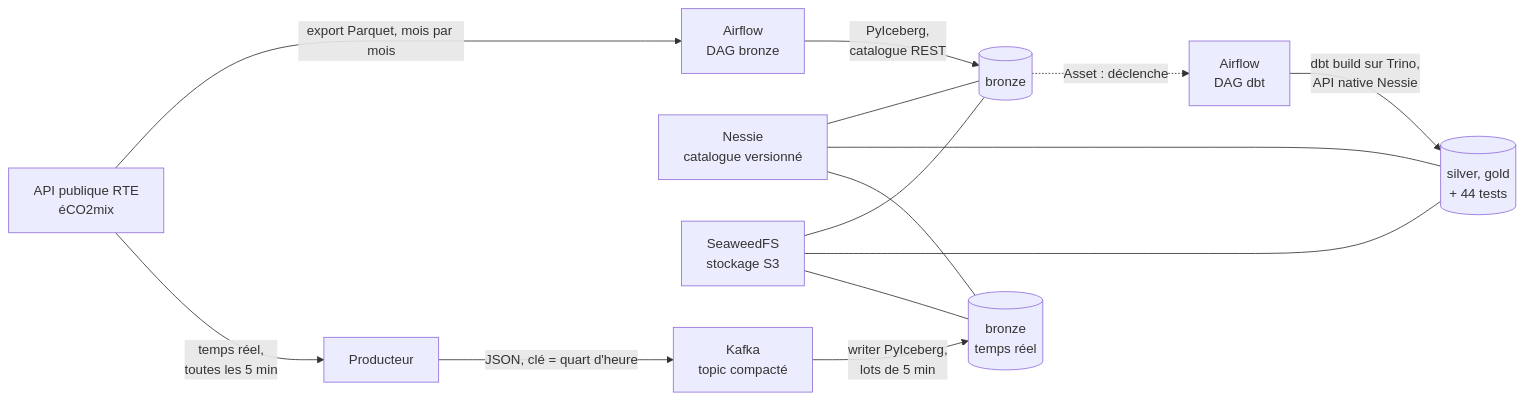
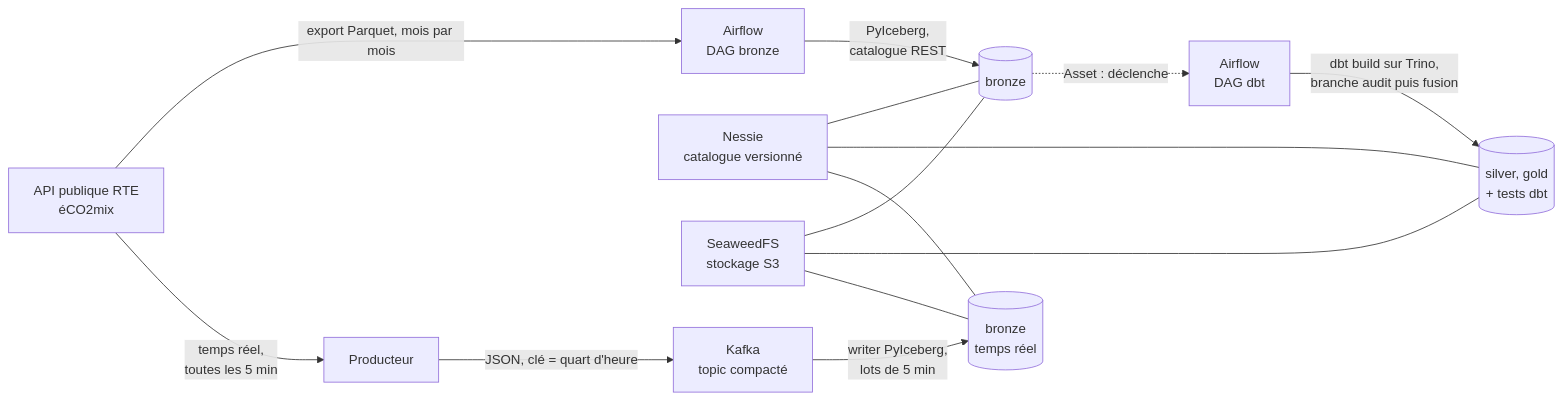
One commit to Maeva-RODRIGUES/wattlake changed the first of 2 diagrams in README.md. Above: the diagram before and after it, drawn with Mermaid. The commit also changed other lines of this file and 8 other files, not shown here.

````diff
--- a/README.md
+++ b/README.md
@@ -29,16 +47,16 @@
 ```mermaid
 flowchart LR
     API[API publique RTE<br/>éCO2mix] -->|export Parquet, mois par mois| AF[Airflow<br/>DAG bronze]
     AF -->|PyIceberg,<br/>catalogue REST| BR[(bronze)]
     BR -.->|Asset : déclenche| DBT[Airflow<br/>DAG dbt]
-    DBT -->|dbt build sur Trino,<br/>API native Nessie| SG[(silver, gold<br/>+ 44 tests)]
+    DBT -->|dbt build sur Trino,<br/>branche audit puis fusion| SG[(silver, gold<br/>+ tests dbt)]
     NES[Nessie<br/>catalogue versionné] --- BR
     NES --- SG
     S3[SeaweedFS<br/>stockage S3] --- BR
     S3 --- SG
     API -->|temps réel,<br/>toutes les 5 min| PR[Producteur]
     PR -->|JSON, clé = quart d'heure| K[Kafka<br/>topic compacté]
     K -->|writer PyIceberg,<br/>lots de 5 min| RT[(bronze<br/>temps réel)]
     NES --- RT
     S3 --- RT
 ```
````
